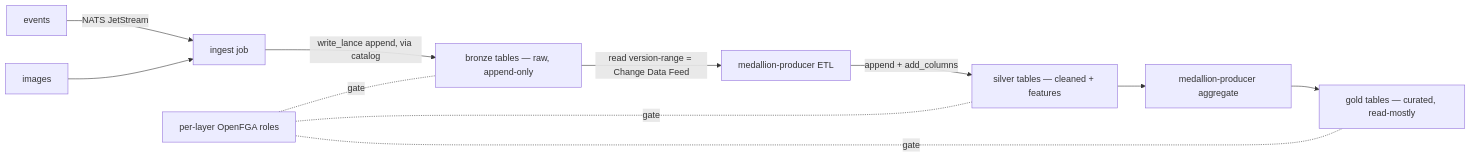
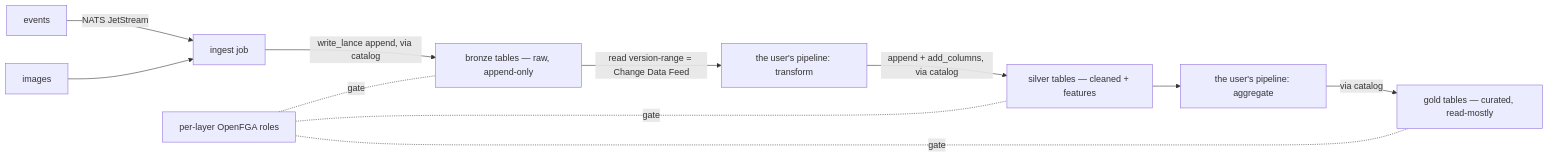
The second of 2 diagrams in docs/ARCHITECTURE.md (AI-Riksarkivet/rask), drawn with Mermaid before and after one commit. The commit also changed other lines of this file and 44 other files, not shown here.

````diff
--- a/docs/ARCHITECTURE.md
+++ b/docs/ARCHITECTURE.md
@@ -228,10 +227,10 @@
 ```mermaid
 flowchart LR
   EVT[events] -->|NATS JetStream| ING[ingest job]
   IMG[images] --> ING
   ING -->|write_lance append, via catalog| B[bronze tables — raw, append-only]
-  B -->|read version-range = Change Data Feed| ETL1[medallion-producer ETL]
-  ETL1 -->|append + add_columns| S[silver tables — cleaned + features]
-  S --> ETL2[medallion-producer aggregate] --> G[gold tables — curated, read-mostly]
+  B -->|read version-range = Change Data Feed| ETL1[the user's pipeline: transform]
+  ETL1 -->|append + add_columns, via catalog| S[silver tables — cleaned + features]
+  S --> ETL2[the user's pipeline: aggregate] -->|via catalog| G[gold tables — curated, read-mostly]
   ROLES[per-layer OpenFGA roles] -. gate .- B & S & G
 ```
````
